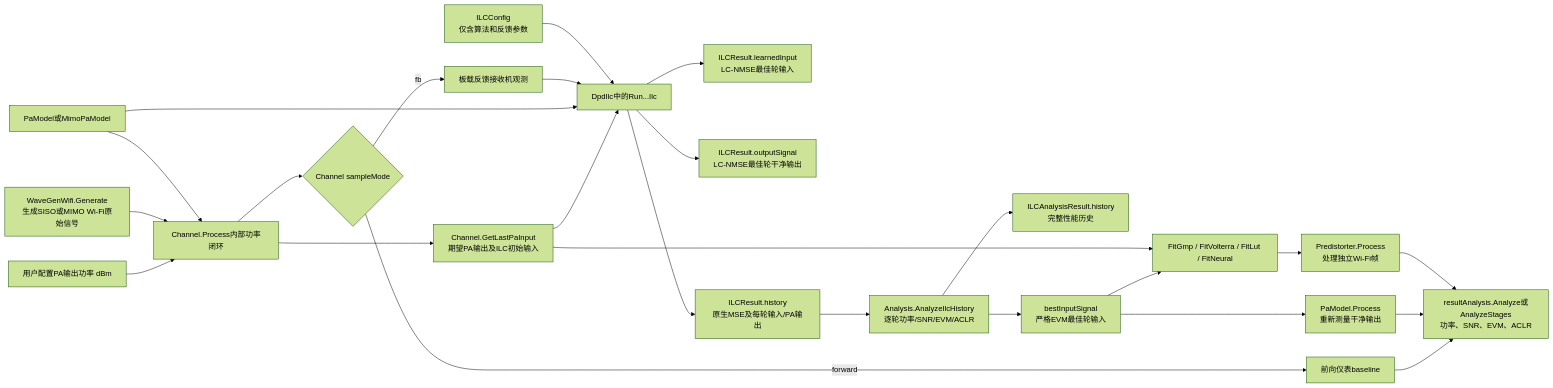
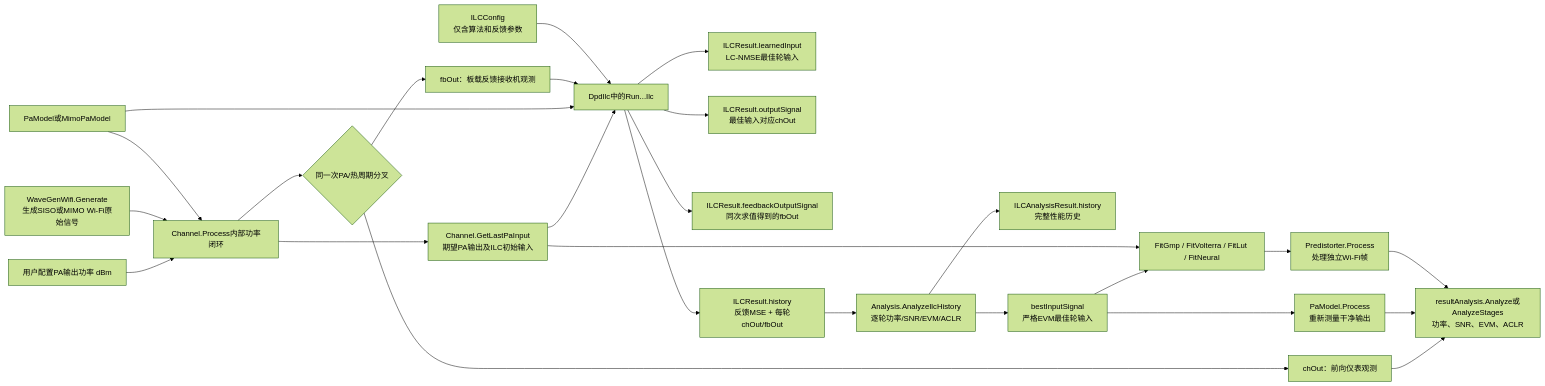
One commit to niyilu45/DPD_ILC changed the first of 2 diagrams in doc/DpdIlc.md. Above: the diagram before and after it, drawn with Mermaid (forest theme). The commit also changed other lines of this file and 19 other files, not shown here.

Commit message:
Return channel and feedback outputs

````diff
--- a/doc/DpdIlc.md
+++ b/doc/DpdIlc.md
@@ -26,27 +26,28 @@
 ```mermaid
 flowchart LR
     power["用户配置PA输出功率 dBm"] --> channelCalibration["Channel.Process内部功率闭环"]
     wave["WaveGenWifi.Generate<br/>生成SISO或MIMO Wi-Fi原始信号"] --> channelCalibration
     pa["PaModel或MimoPaModel"] --> channelCalibration
     channelCalibration --> reference["Channel.GetLastPaInput<br/>期望PA输出及ILC初始输入"]
-    channelCalibration --> sampleMode{"Channel sampleMode"}
-    sampleMode -->|forward| baseline["前向仪表baseline"]
-    sampleMode -->|fb| feedback["板载反馈接收机观测"]
+    channelCalibration --> branch{"同一次PA/热周期分叉"}
+    branch --> baseline["chOut：前向仪表观测"]
+    branch --> feedback["fbOut：板载反馈接收机观测"]
     reference --> ilc["DpdIlc中的Run...Ilc"]
     pa --> ilc
     feedback --> ilc
     config["ILCConfig<br/>仅含算法和反馈参数"] --> ilc
     ilc --> learned["ILCResult.learnedInput<br/>LC-NMSE最佳轮输入"]
-    ilc --> output["ILCResult.outputSignal<br/>LC-NMSE最佳轮干净输出"]
-    ilc --> history["ILCResult.history<br/>原生MSE及每轮输入/PA输出"]
+    ilc --> output["ILCResult.outputSignal<br/>最佳输入对应chOut"]
+    ilc --> feedbackOutput["ILCResult.feedbackOutputSignal<br/>同次求值得到的fbOut"]
+    ilc --> history["ILCResult.history<br/>反馈MSE + 每轮chOut/fbOut"]
     history --> analysis["Analysis.AnalyzeIlcHistory<br/>逐轮功率/SNR/EVM/ACLR"]
     analysis --> analyzedHistory["ILCAnalysisResult.history<br/>完整性能历史"]
     analysis --> evmBest["bestInputSignal<br/>严格EVM最佳轮输入"]
     evmBest --> cleanOutput["PaModel.Process<br/>重新测量干净输出"]
     evmBest --> fit["FitGmp / FitVolterra / FitLut / FitNeural"]
     reference --> fit
     fit --> deploy["Predistorter.Process<br/>处理独立Wi-Fi帧"]
     baseline --> metrics["resultAnalysis.Analyze或AnalyzeStages<br/>功率、SNR、EVM、ACLR"]
     cleanOutput --> metrics
     deploy --> metrics
 ```
````
